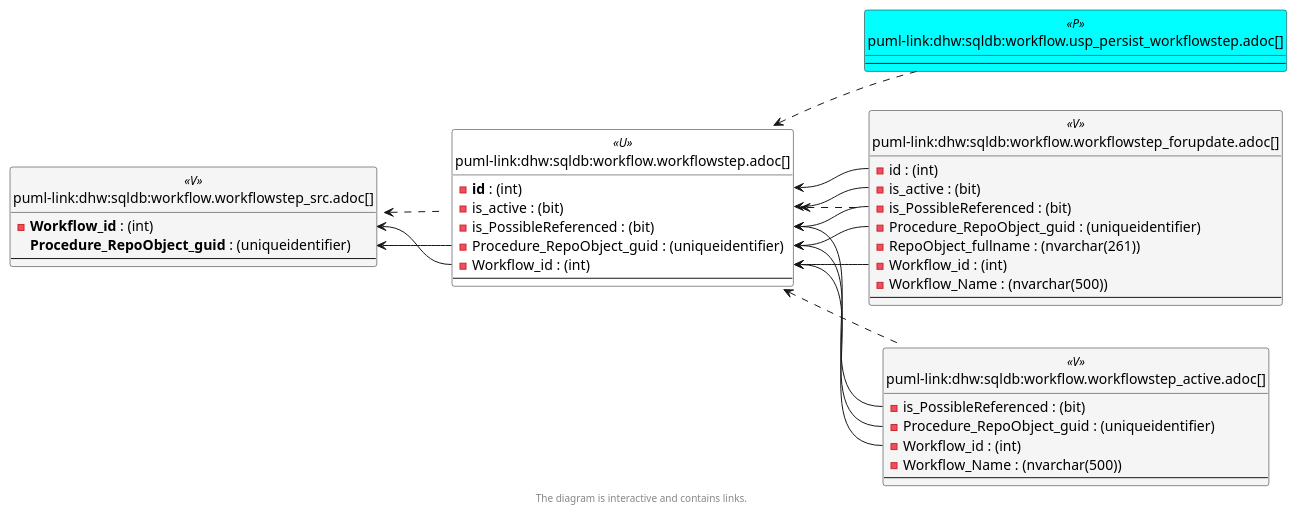
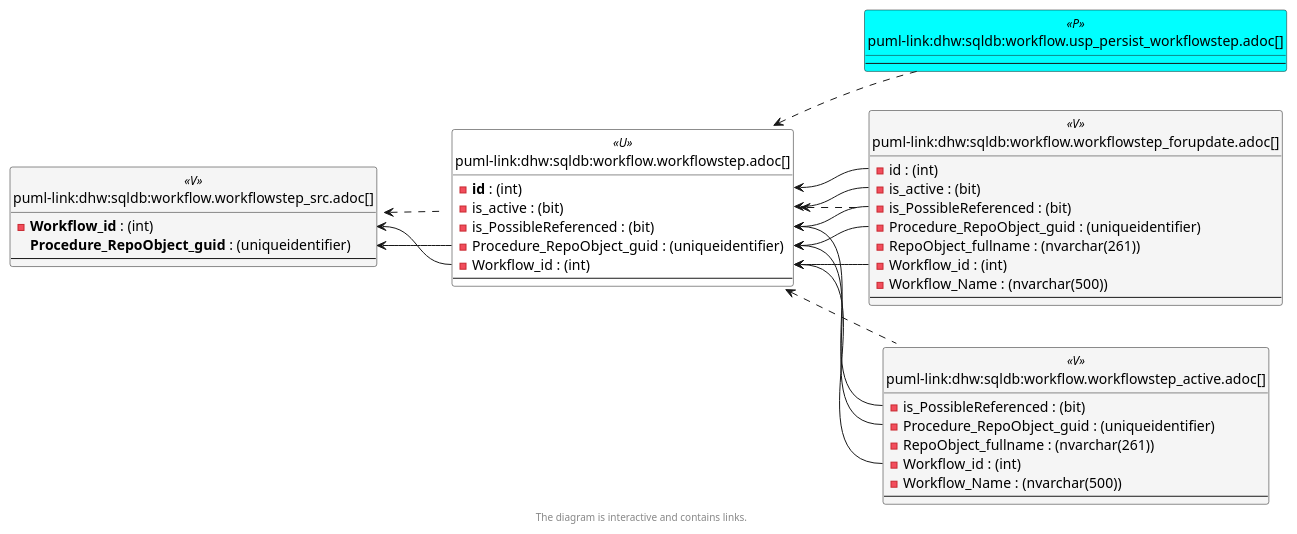
One commit to DataHandwerk/dhw-antora-sqldb changed the sixth of 6 diagrams in docs/modules/sqldb/partials/content/workflow.workflowstep.adoc. Above: the diagram before and after it, drawn with PlantUML. The commit also changed other lines of this file and 701 other files, not shown here.

```diff
--- a/docs/modules/sqldb/partials/content/workflow.workflowstep.adoc
+++ b/docs/modules/sqldb/partials/content/workflow.workflowstep.adoc
@@ -1813,6 +1813,7 @@
 entity "puml-link:dhw:sqldb:workflow.workflowstep_active.adoc[]" as workflow.WorkflowStep_active << V >> {
   - is_PossibleReferenced : (bit)
   - Procedure_RepoObject_guid : (uniqueidentifier)
+  - RepoObject_fullname : (nvarchar(261))
   - Workflow_id : (int)
   - Workflow_Name : (nvarchar(500))
   --
@@ -1836,15 +1837,15 @@
 }
 
 workflow.WorkflowStep <.. workflow.usp_PERSIST_WorkflowStep
+workflow.WorkflowStep <.. workflow.WorkflowStep_active
 workflow.WorkflowStep <.. workflow.WorkflowStep_ForUpdate
-workflow.WorkflowStep <.. workflow.WorkflowStep_active
 workflow.WorkflowStep_src <.. workflow.WorkflowStep
 "workflow.WorkflowStep::id" <-- "workflow.WorkflowStep_ForUpdate::id"
 "workflow.WorkflowStep::is_active" <-- "workflow.WorkflowStep_ForUpdate::is_active"
 "workflow.WorkflowStep::is_PossibleReferenced" <-- "workflow.WorkflowStep_active::is_PossibleReferenced"
 "workflow.WorkflowStep::is_PossibleReferenced" <-- "workflow.WorkflowStep_ForUpdate::is_PossibleReferenced"
+"workflow.WorkflowStep::Procedure_RepoObject_guid" <-- "workflow.WorkflowStep_active::Procedure_RepoObject_guid"
 "workflow.WorkflowStep::Procedure_RepoObject_guid" <-- "workflow.WorkflowStep_ForUpdate::Procedure_RepoObject_guid"
-"workflow.WorkflowStep::Procedure_RepoObject_guid" <-- "workflow.WorkflowStep_active::Procedure_RepoObject_guid"
 "workflow.WorkflowStep::Workflow_id" <-- "workflow.WorkflowStep_active::Workflow_id"
 "workflow.WorkflowStep::Workflow_id" <-- "workflow.WorkflowStep_ForUpdate::Workflow_id"
 "workflow.WorkflowStep_src::Procedure_RepoObject_guid" <-- "workflow.WorkflowStep::Procedure_RepoObject_guid"
```
